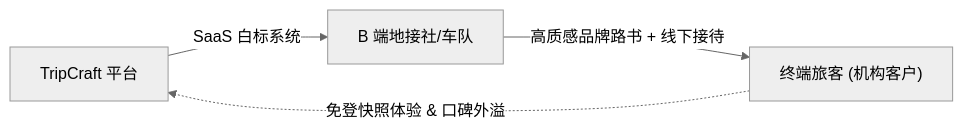
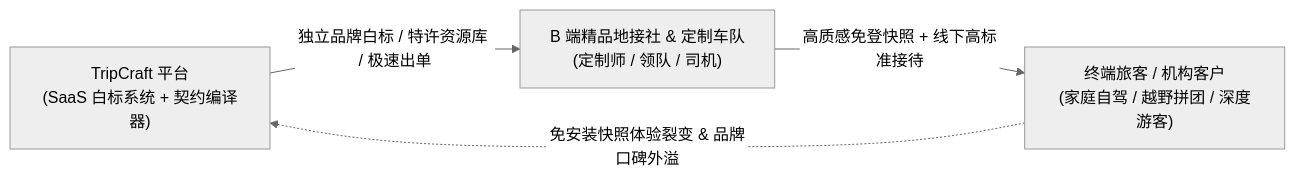
Before and after one commit to JohnMaxwell0123/TripCraft: the first of 2 diagrams in README.md, drawn with Mermaid (neutral theme). The commit also changed other lines of this file and 2 other files, not shown here.

````diff
--- a/README.md
+++ b/README.md
@@ -32,6 +34,6 @@
 ```mermaid
 flowchart LR
-    PLATFORM["TripCraft 平台"] -->|SaaS 白标系统| B["B 端地接社/车队"]
-    B -->|高质感品牌路书 + 线下接待| C["终端旅客 (机构客户)"]
-    C -.->|免登快照体验 & 口碑外溢| PLATFORM
+    PLATFORM["TripCraft 平台<br/>(SaaS 白标系统 + 契约编译器)"] -->|独立品牌白标 / 特许资源库 / 极速出单| B["B 端精品地接社 & 定制车队<br/>(定制师 / 领队 / 司机)"]
+    B -->|高质感免登快照 + 线下高标准接待| C["终端旅客 / 机构客户<br/>(家庭自驾 / 越野拼团 / 深度游客)"]
+    C -.->|免安装快照体验裂变 & 品牌口碑外溢| PLATFORM
 ```
````
